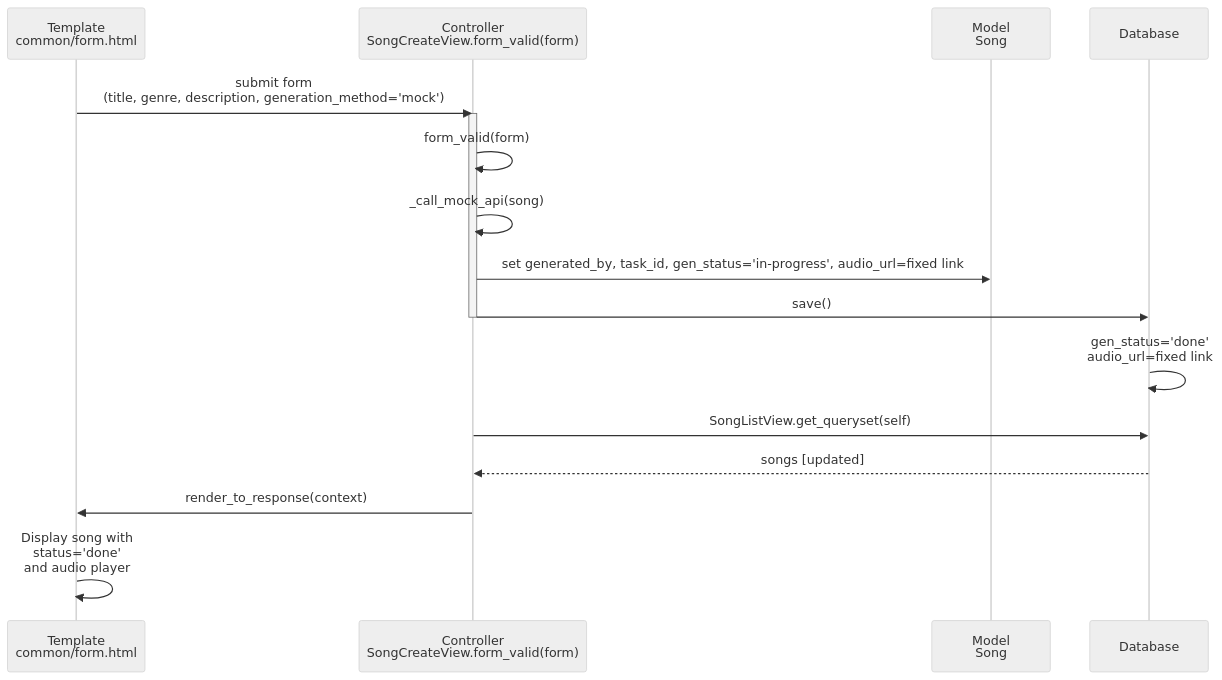
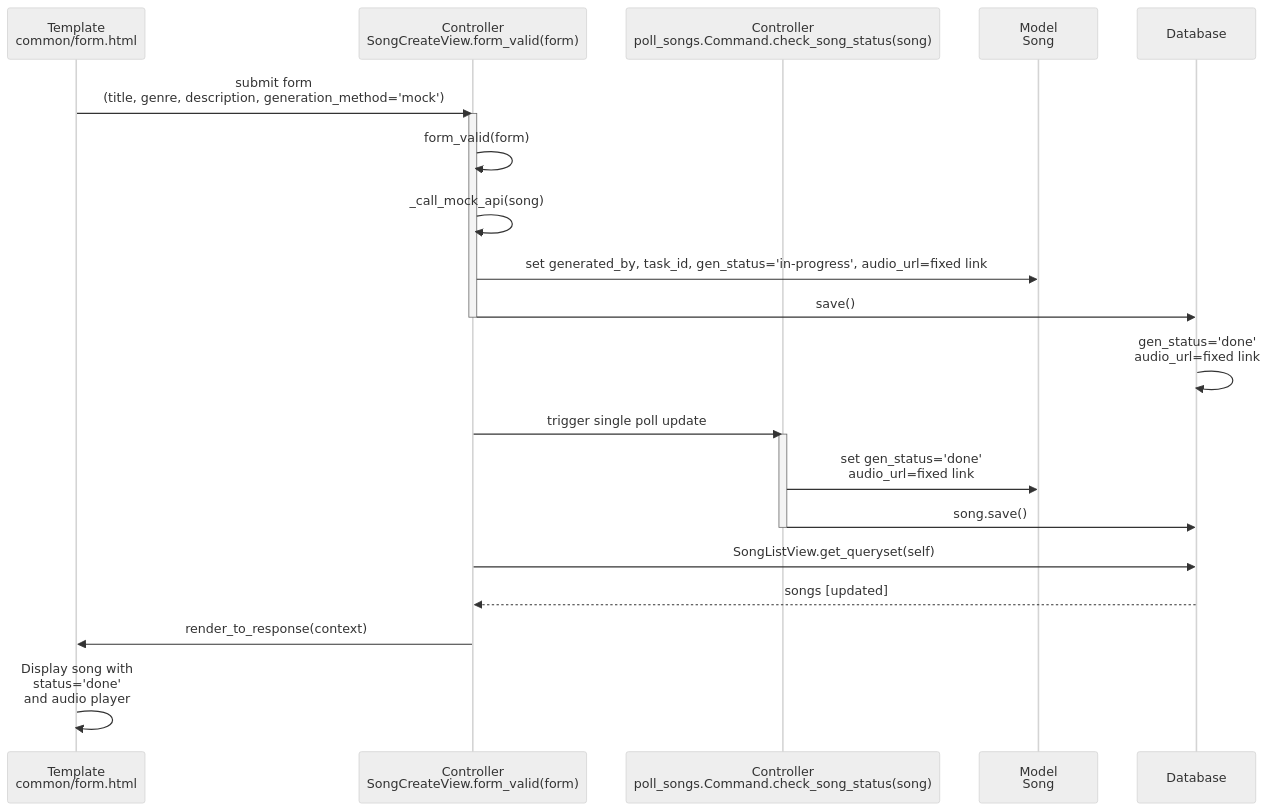
Before and after one commit to taamtera/musicprojectdjango: the third of 3 diagrams in README.md, drawn with Mermaid (neutral theme). The commit also changed 1 other file, not shown here.

Commit message:
fix moc sequnce diagram and cleanup

````diff
--- a/README.md
+++ b/README.md
@@ -183,21 +183,28 @@
    ```mermaid
    sequenceDiagram
       participant Template as Template<br/>common/form.html
       participant SongView as Controller<br/>SongCreateView.form_valid(form)
+      participant PollView as Controller<br/>poll_songs.Command.check_song_status(song)
       participant SongModel as Model<br/>Song
       participant DB as Database
 
       Template->>SongView: submit form<br/>(title, genre, description, generation_method='mock')
       activate SongView
       SongView->>SongView: form_valid(form)
       SongView->>SongView: _call_mock_api(song)
       SongView->>SongModel: set generated_by, task_id, gen_status='in-progress', audio_url=fixed link
       SongView->>DB: save()
       deactivate SongView
       DB->>DB: gen_status='done'<br/>audio_url=fixed link
 
+      SongView->>PollView: trigger single poll update
+      activate PollView
+      PollView->>SongModel: set gen_status='done'<br/>audio_url=fixed link
+      PollView->>DB: song.save()
+      deactivate PollView
+
       SongView->>DB: SongListView.get_queryset(self)
       DB-->>SongView: songs [updated]
       SongView->>Template: render_to_response(context)
       Template->>Template: Display song with<br/>status='done'<br/>and audio player
    ```
````
